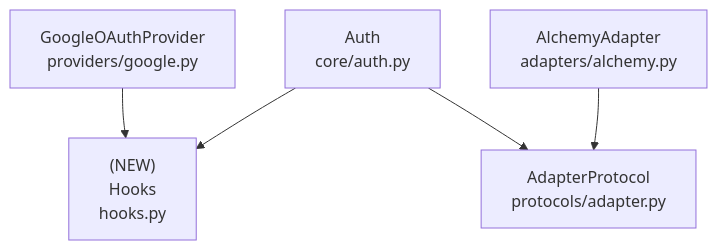
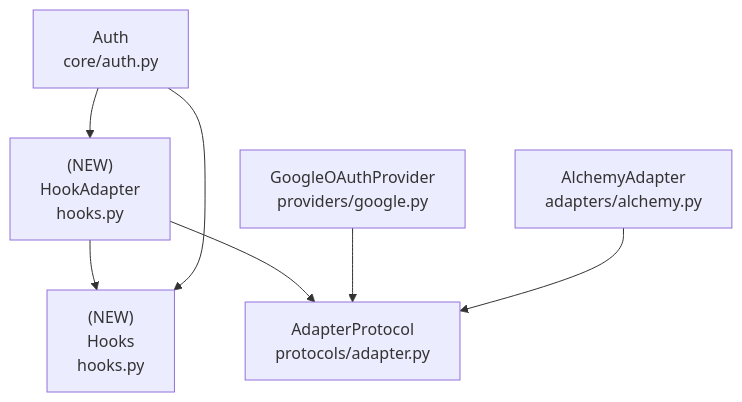
Before and after one commit to mplemay/belgie: the fifth of 5 diagrams in design/003-auth-event-hooks.md, drawn with Mermaid. The commit also changed other lines of this file, not shown here.

Commit message:
docs: update auth hooks design with adapter wrapper and generic types

````diff
--- a/design/003-auth-event-hooks.md
+++ b/design/003-auth-event-hooks.md
@@ -172,13 +189,16 @@
 ```mermaid
 graph TD
     Hooks["(NEW)<br/>Hooks<br/>hooks.py"]
+    HookAdapter["(NEW)<br/>HookAdapter<br/>hooks.py"]
     Auth["Auth<br/>core/auth.py"]
     Provider["GoogleOAuthProvider<br/>providers/google.py"]
     Adapter["AlchemyAdapter<br/>adapters/alchemy.py"]
     AdapterProtocol["AdapterProtocol<br/>protocols/adapter.py"]
 
+    HookAdapter --> Hooks
+    HookAdapter --> AdapterProtocol
+    Auth --> HookAdapter
     Auth --> Hooks
-    Provider --> Hooks
+    Provider --> AdapterProtocol
     Adapter --> AdapterProtocol
-    Auth --> AdapterProtocol
 ```
````
